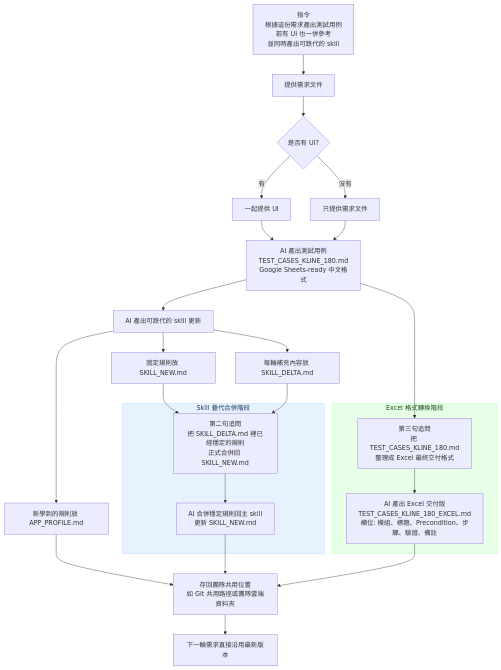
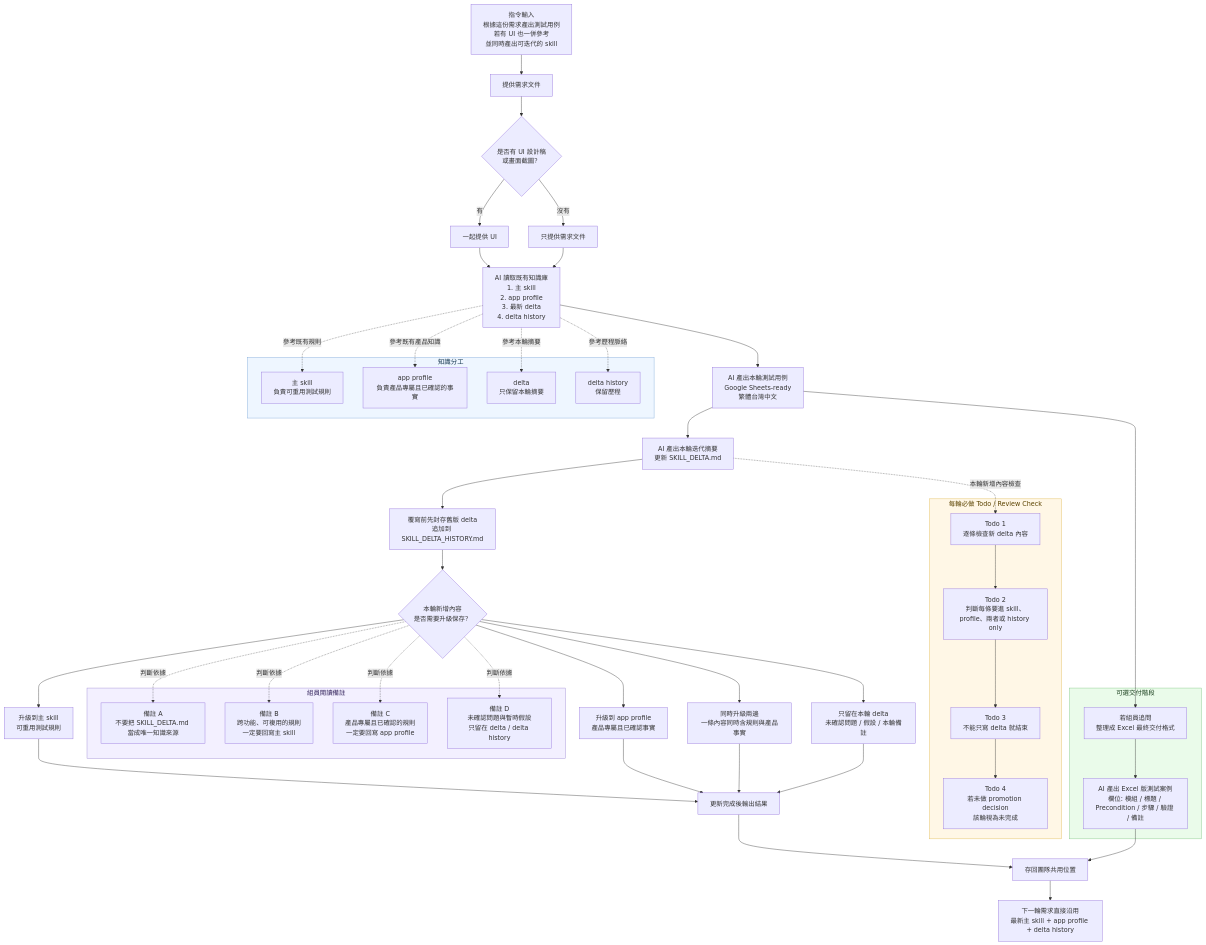
The diagram in cfd-manual-qa-regression/README.md (Jimmy-Kao/skills), drawn with Mermaid before and after one commit. The commit also changed other lines of this file, not shown here.

````diff
--- a/cfd-manual-qa-regression/README.md
+++ b/cfd-manual-qa-regression/README.md
@@ -83,49 +1,97 @@
 ```mermaid
 flowchart TD
-	A["指令<br/>根據這份需求產出測試用例<br/>若有 UI 也一併參考<br/>並同時產出可跌代的 skill"]
-	B["提供需求文件"]
-	C{"是否有 UI?"}
-	D["一起提供 UI"]
-	E["只提供需求文件"]
-	F["AI 產出測試用例<br/>TEST_CASES_KLINE_180.md<br/>Google Sheets-ready 中文格式"]
-	G["AI 產出可跌代的 skill 更新"]
-	H["固定規則放 SKILL_NEW.md"]
-	I["新學到的規則放 APP_PROFILE.md"]
-	J["每輪補充內容放 SKILL_DELTA.md"]
-	
-	subgraph SEC_SKILL ["Skill 疊代合併階段"]
-		K["第二句追問<br/>把 SKILL_DELTA.md 裡已經穩定的規則<br/>正式合併回 SKILL_NEW.md"]
-		L["AI 合併穩定規則回主 skill<br/>更新 SKILL_NEW.md"]
-	end
+    A["指令輸入<br/>根據這份需求產出測試用例<br/>若有 UI 也一併參考<br/>並同時產出可迭代的 skill"]
+    B["提供需求文件"]
+    C{"是否有 UI 設計稿<br/>或畫面截圖？"}
+    D["一起提供 UI"]
+    E["只提供需求文件"]
 
-	subgraph SEC_EXCEL ["Excel 格式轉換階段"]
-		M["第三句追問<br/>把 TEST_CASES_KLINE_180.md<br/>整理成 Excel 最終交付格式"]
-		N["AI 產出 Excel 交付版<br/>TEST_CASES_KLINE_180_EXCEL.md<br/>欄位: 模組、標題、Precondition、步驟、驗證、備註"]
-	end
+    F["AI 讀取既有知識庫<br/>1. 主 skill<br/>2. app profile<br/>3. 最新 delta<br/>4. delta history"]
+    G["AI 產出本輪測試用例<br/>Google Sheets-ready<br/>繁體台灣中文"]
+    H["AI 產出本輪迭代摘要<br/>更新 SKILL_DELTA.md"]
 
-	O["存回團隊共用位置<br/>如 Git 共用路徑或團隊雲端資料夾"]
-	P["下一輪需求直接沿用最新版本"]
+    I{"本輪新增內容<br/>是否需要升級保存？"}
+    J["升級到主 skill<br/>可重用測試規則"]
+    K["升級到 app profile<br/>產品專屬且已確認事實"]
+    L["同時升級兩邊<br/>一條內容同時含規則與產品事實"]
+    M["只留在本輪 delta<br/>未確認問題 / 假設 / 本輪備註"]
 
-	A --> B
-	B --> C
-	C -- 有 --> D
-	C -- 沒有 --> E
-	D --> F
-	E --> F
-	F --> G
-	G --> H
-	G --> I
-	G --> J
-	H --> K
-	I --> O
-	J --> K
-	K --> L
-	F --> M
-	M --> N
-	L --> O
-	N --> O
-	O --> P
+    N["覆寫前先封存舊版 delta<br/>追加到 SKILL_DELTA_HISTORY.md"]
+    O["更新完成後輸出結果"]
+    P["存回團隊共用位置"]
+    Q["下一輪需求直接沿用<br/>最新主 skill + app profile + delta history"]
 
-	style SEC_SKILL fill:#e6f3ff,stroke:#b3d8ff,stroke-width:1px,color:#1a365d
-	style SEC_EXCEL fill:#e6ffe6,stroke:#b3ffb3,stroke-width:1px,color:#1b4d1b
+    subgraph KNOWLEDGE["知識分工"]
+        KS["主 skill<br/>負責可重用測試規則"]
+        KP["app profile<br/>負責產品專屬且已確認的事實"]
+        KD["delta<br/>只保留本輪摘要"]
+        KH["delta history<br/>保留歷程"]
+    end
+
+    subgraph TODO_REVIEW["每輪必做 Todo / Review Check"]
+        T1["Todo 1<br/>逐條檢查新 delta 內容"]
+        T2["Todo 2<br/>判斷每條要進 skill、profile、兩者或 history only"]
+        T3["Todo 3<br/>不能只寫 delta 就結束"]
+        T4["Todo 4<br/>若未做 promotion decision<br/>該輪視為未完成"]
+    end
+
+    subgraph NOTE_TEAM["組員閱讀備註"]
+        R1["備註 A<br/>不要把 SKILL_DELTA.md 當成唯一知識來源"]
+        R2["備註 B<br/>跨功能、可複用的規則<br/>一定要回寫主 skill"]
+        R3["備註 C<br/>產品專屬且已確認的規則<br/>一定要回寫 app profile"]
+        R4["備註 D<br/>未確認問題與暫時假設<br/>只留在 delta / delta history"]
+    end
+
+    subgraph OPTIONAL_EXCEL["可選交付階段"]
+        X1["若組員追問<br/>整理成 Excel 最終交付格式"]
+        X2["AI 產出 Excel 版測試案例<br/>欄位: 模組 / 標題 / Precondition / 步驟 / 驗證 / 備註"]
+    end
+
+    A --> B
+    B --> C
+    C -- 有 --> D
+    C -- 沒有 --> E
+    D --> F
+    E --> F
+    F --> G
+    G --> H
+    H --> N
+    N --> I
+
+    I --> J
+    I --> K
+    I --> L
+    I --> M
+
+    J --> O
+    K --> O
+    L --> O
+    M --> O
+
+    O --> P
+    P --> Q
+
+    F -. 參考既有規則 .-> KS
+    F -. 參考既有產品知識 .-> KP
+    F -. 參考本輪摘要 .-> KD
+    F -. 參考歷程脈絡 .-> KH
+
+    H -. 本輪新增內容檢查 .-> T1
+    T1 --> T2
+    T2 --> T3
+    T3 --> T4
+
+    I -. 判斷依據 .-> R1
+    I -. 判斷依據 .-> R2
+    I -. 判斷依據 .-> R3
+    I -. 判斷依據 .-> R4
+
+    G --> X1
+    X1 --> X2
+    X2 --> P
+
+    style KNOWLEDGE fill:#eef6ff,stroke:#7aa6d8,stroke-width:1px,color:#12344d
+    style TODO_REVIEW fill:#fff7e6,stroke:#e0b84f,stroke-width:1px,color:#5c4400
+    style NOTE_TEAM fill:#f3f0ff,stroke:#9a86d1,stroke-width:1px,color:#33235c
+    style OPTIONAL_EXCEL fill:#eafbea,stroke:#7bc47f,stroke-width:1px,color:#173d1a
 ```
````
